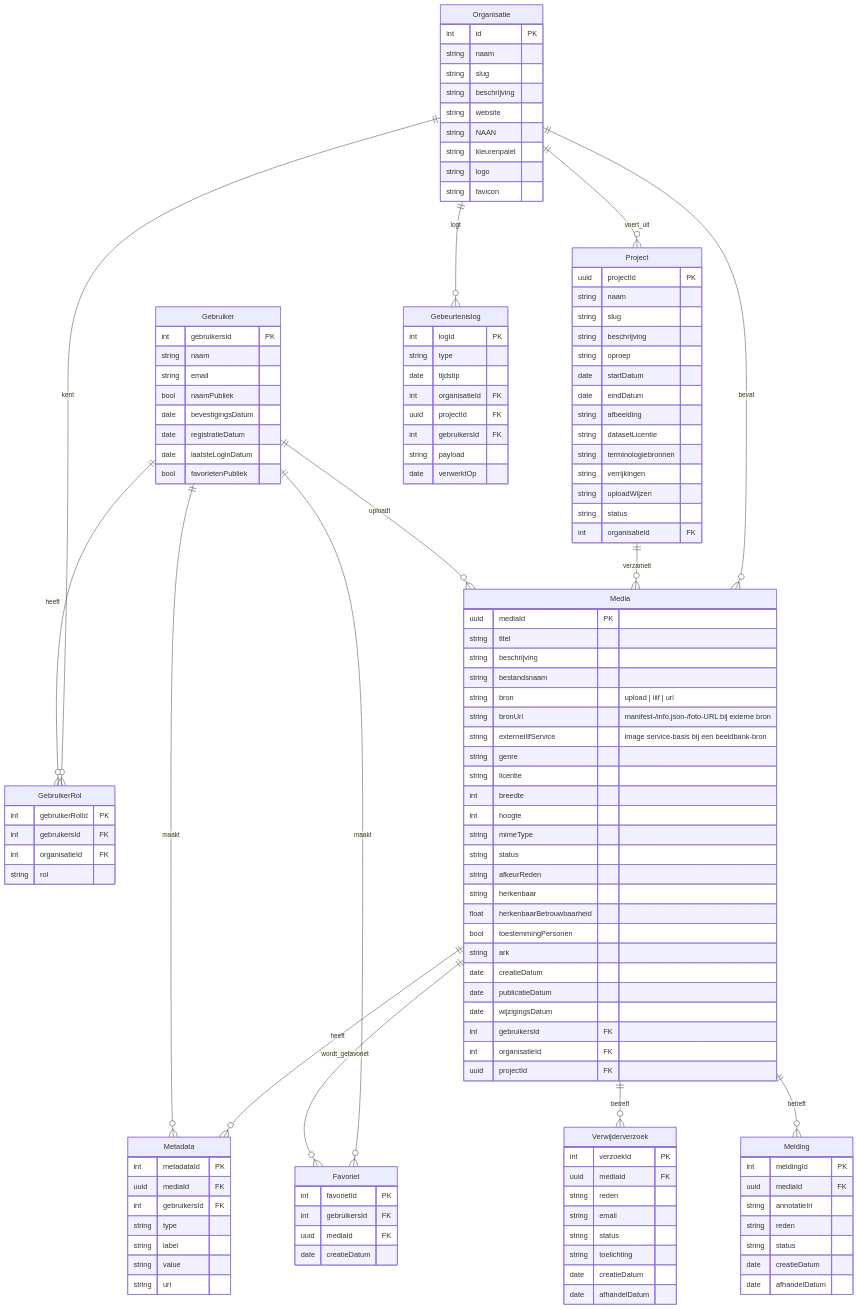
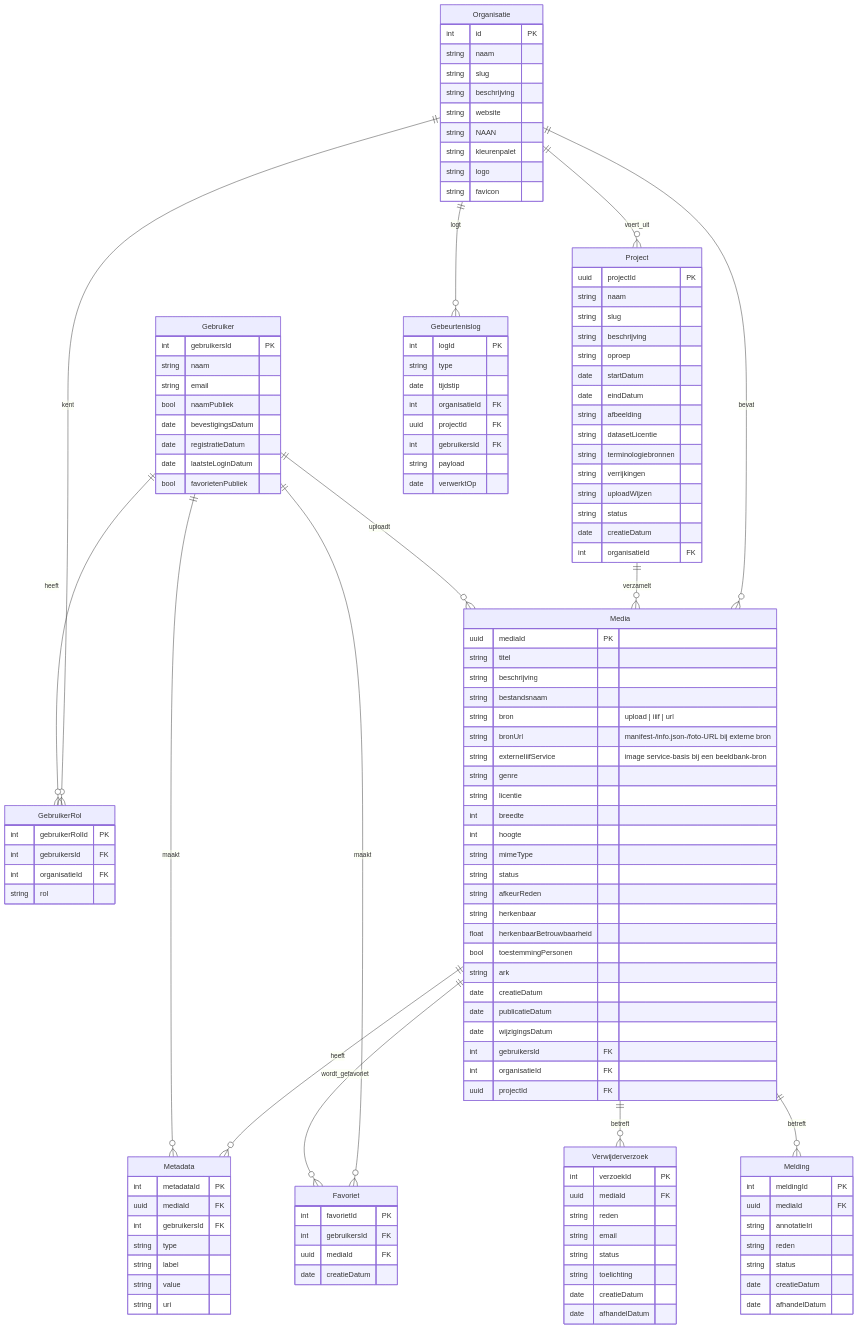
One commit to inside-out-time-machines/design changed the diagram in data-architectuur/erd.mermaid.md. Above: the diagram before and after it, drawn with Mermaid.

Commit message:
ERD: Project.creatieDatum

```diff
--- a/data-architectuur/erd.mermaid.md
+++ b/data-architectuur/erd.mermaid.md
@@ -29,6 +29,7 @@
     string verrijkingen
     string uploadWijzen
     string status
+    date creatieDatum
     int organisatieId FK
   }
 
```
